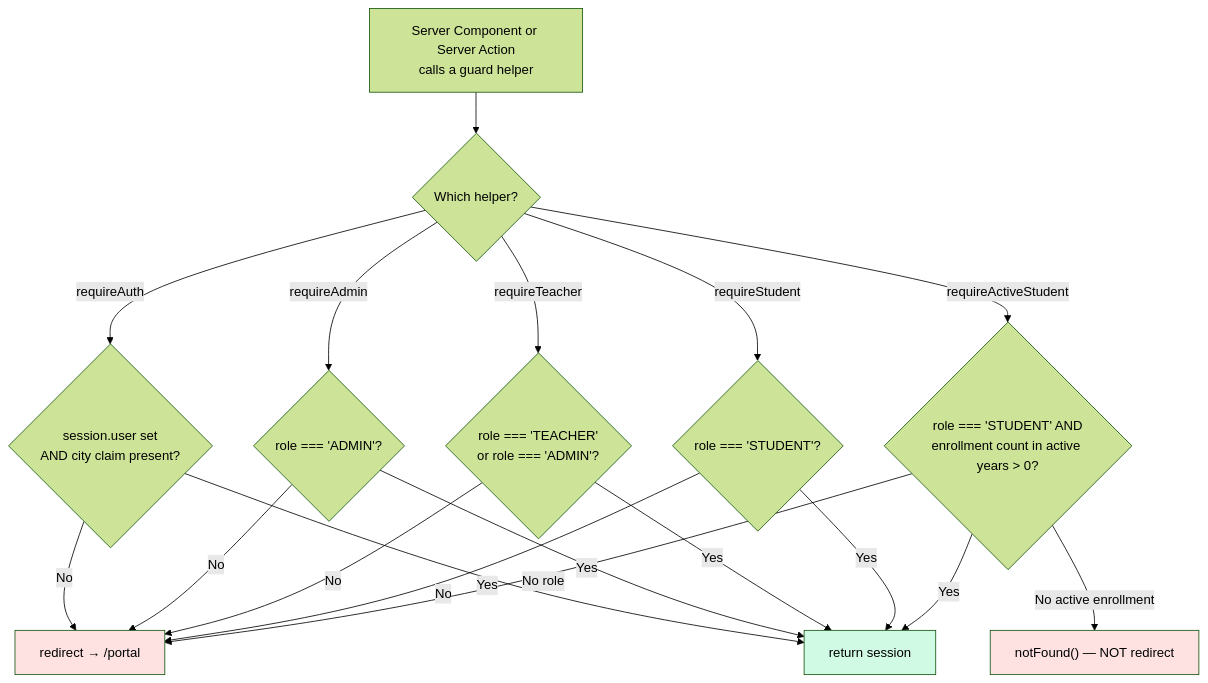
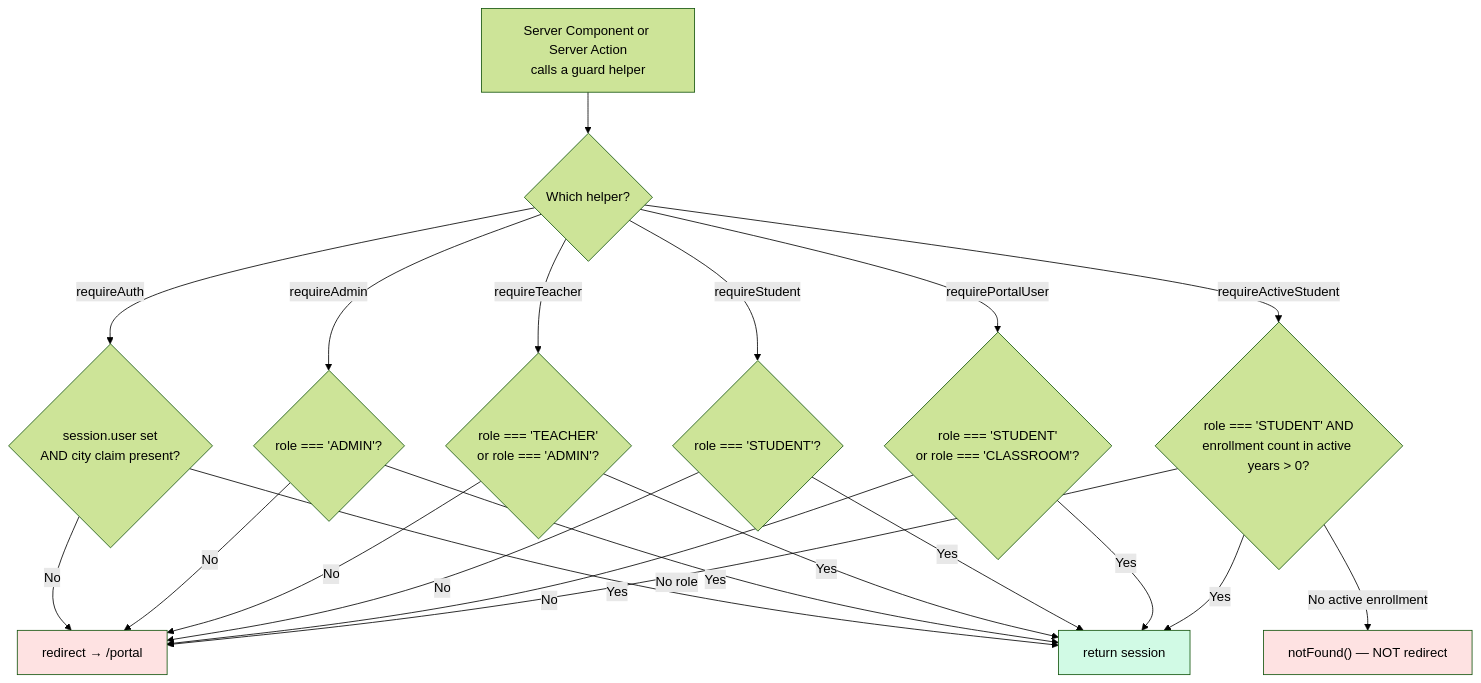
One commit to jpucic00/inovatic changed the third of 3 diagrams in docs/diagrams/role-based-login.md. Above: the diagram before and after it, drawn with Mermaid (forest theme). The commit also changed other lines of this file and 13 other files, not shown here.

````diff
--- a/docs/diagrams/role-based-login.md
+++ b/docs/diagrams/role-based-login.md
@@ -113,26 +114,29 @@
 ```mermaid
 flowchart TD
     CALL["Server Component or Server Action<br/>calls a guard helper"] --> WHICH{Which helper?}
 
     WHICH -->|requireAuth| A1{session.user set<br/>AND city claim present?}
     WHICH -->|requireAdmin| A2{role === 'ADMIN'?}
     WHICH -->|requireTeacher| A3{role === 'TEACHER'<br/>or role === 'ADMIN'?}
     WHICH -->|requireStudent| A4{role === 'STUDENT'?}
+    WHICH -->|requirePortalUser| A6{role === 'STUDENT'<br/>or role === 'CLASSROOM'?}
     WHICH -->|requireActiveStudent| A5{role === 'STUDENT' AND<br/>enrollment count in active years > 0?}
 
     A1 -->|No| RED[redirect → /portal]
     A1 -->|Yes| OK[return session]
     A2 -->|No| RED
     A2 -->|Yes| OK
     A3 -->|No| RED
     A3 -->|Yes| OK
     A4 -->|No| RED
     A4 -->|Yes| OK
+    A6 -->|No| RED
+    A6 -->|Yes| OK
     A5 -->|"No role"| RED
     A5 -->|"No active enrollment"| NF["notFound() — NOT redirect"]
     A5 -->|Yes| OK
 
     style NF  fill:#fee2e2
     style OK  fill:#d1fae5
     style RED fill:#fee2e2
 ```
````
